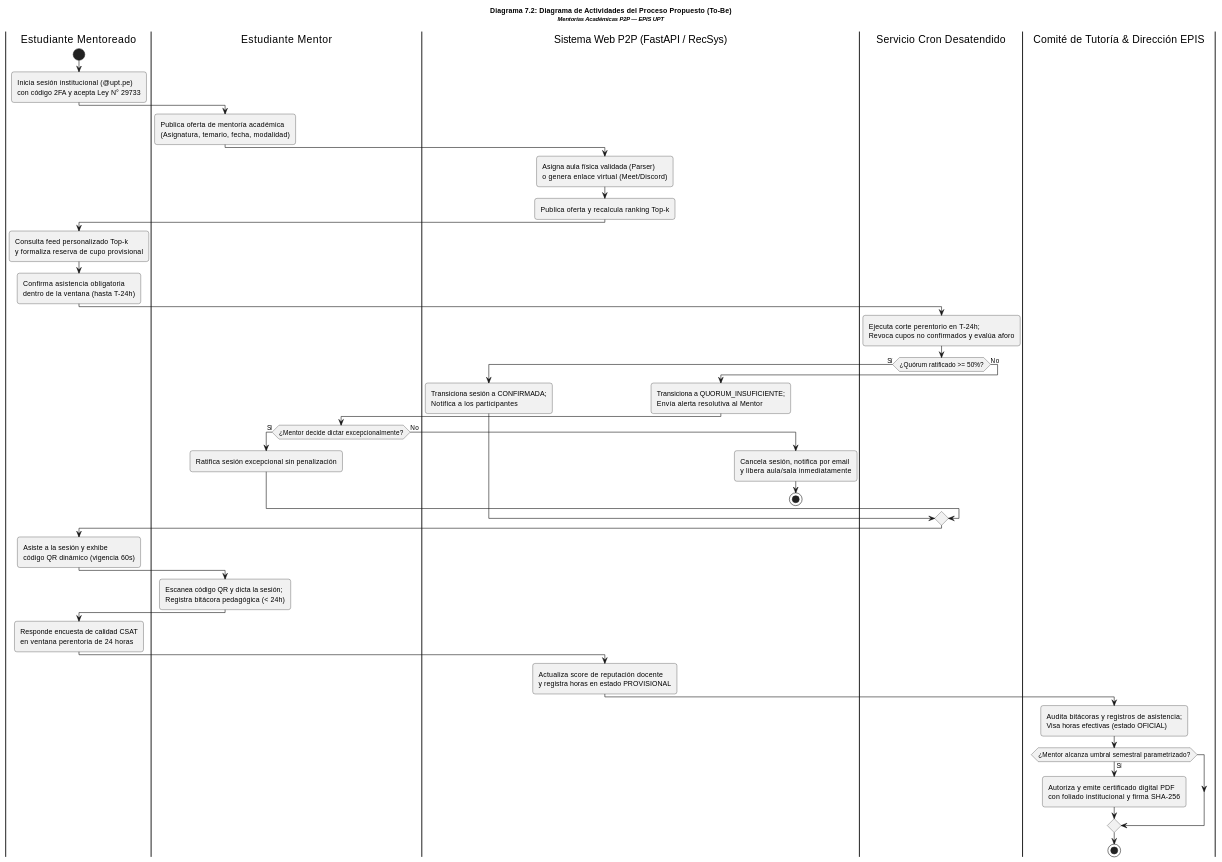
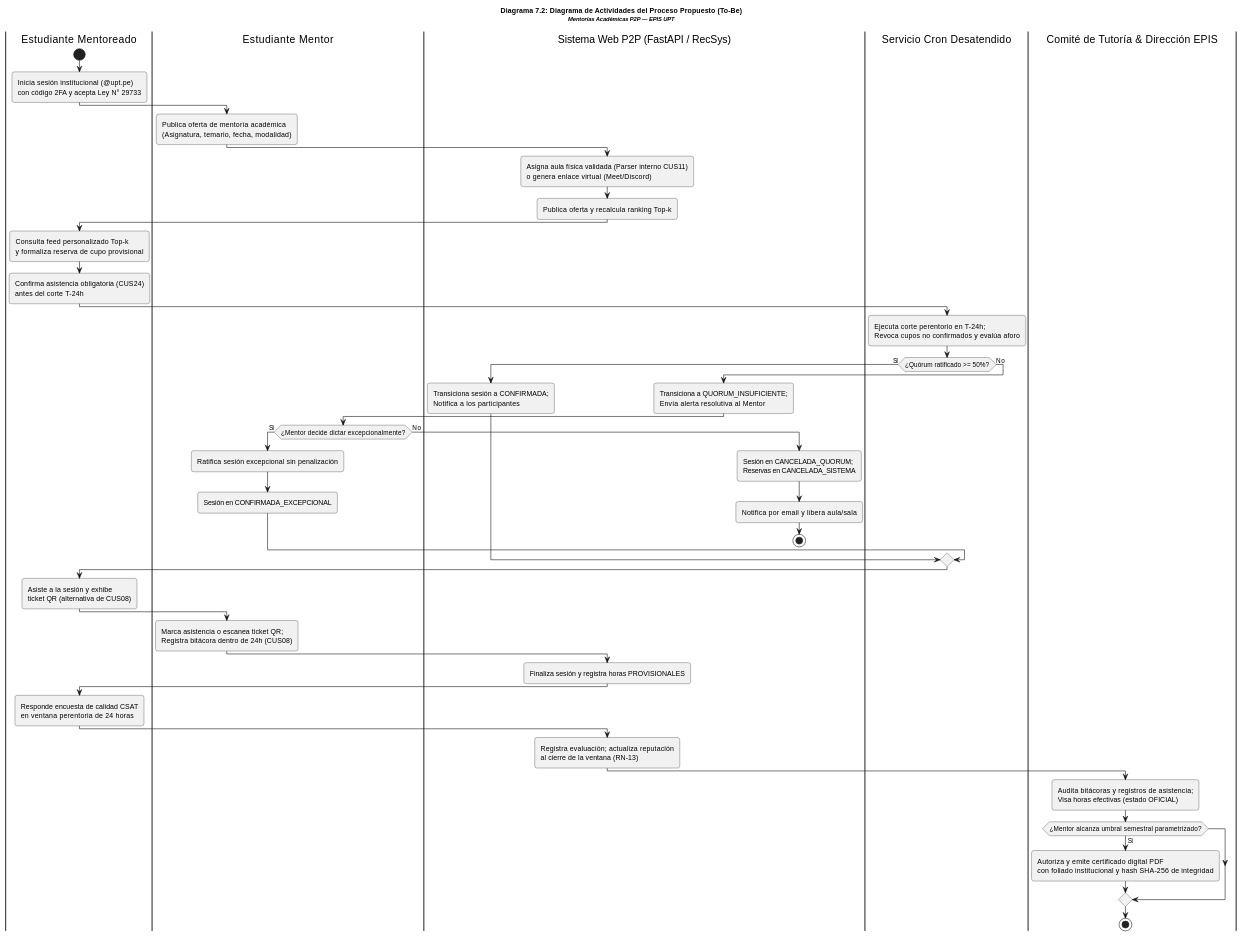
The ninth of 12 diagrams in docs/FD04-EPIS-Informe SAD de Proyecto.md (JMedina255/sistema_web_p2p), drawn with PlantUML before and after one commit. The commit also changed other lines of this file and 5 other files, not shown here.

````diff
--- a/docs/FD04-EPIS-Informe SAD de Proyecto.md
+++ b/docs/FD04-EPIS-Informe SAD de Proyecto.md
@@ -1022,63 +1024,67 @@
 ```plantuml
 @startuml
 title <size:12><b>Diagrama 7.2: Diagrama de Actividades del Proceso Propuesto (To-Be)</b></size>\n<size:10><i>Mentorías Académicas P2P — EPIS UPT</i></size>
 
 skinparam shadowing false
 skinparam roundcorner 8
 skinparam defaultFontName Arial
 skinparam fontSize 10
 
 |Estudiante Mentoreado|
 start
 :Inicia sesión institucional (@upt.pe)\ncon código 2FA y acepta Ley N° 29733;
 
 |Estudiante Mentor|
 :Publica oferta de mentoría académica\n(Asignatura, temario, fecha, modalidad);
 
 |Sistema Web P2P (FastAPI / RecSys)|
-:Asigna aula física validada (Parser)\no genera enlace virtual (Meet/Discord);
+:Asigna aula física validada (Parser interno CUS11)\no genera enlace virtual (Meet/Discord);
 :Publica oferta y recalcula ranking Top-k;
 
 |Estudiante Mentoreado|
 :Consulta feed personalizado Top-k\ny formaliza reserva de cupo provisional;
-:Confirma asistencia obligatoria\ndentro de la ventana (hasta T-24h);
+:Confirma asistencia obligatoria (CUS24)\nantes del corte T-24h;
 
 |Servicio Cron Desatendido|
 :Ejecuta corte perentorio en T-24h;\nRevoca cupos no confirmados y evalúa aforo;
 
 if (¿Quórum ratificado >= 50%?) then (Sí)
   |Sistema Web P2P (FastAPI / RecSys)|
   :Transiciona sesión a CONFIRMADA;\nNotifica a los participantes;
 else (No)
   |Sistema Web P2P (FastAPI / RecSys)|
   :Transiciona a QUORUM_INSUFICIENTE;\nEnvía alerta resolutiva al Mentor;
   |Estudiante Mentor|
   if (¿Mentor decide dictar excepcionalmente?) then (Sí)
     :Ratifica sesión excepcional sin penalización;
+    :Sesión en CONFIRMADA_EXCEPCIONAL;
   else (No)
     |Sistema Web P2P (FastAPI / RecSys)|
-    :Cancela sesión, notifica por email\ny libera aula/sala inmediatamente;
+    :Sesión en CANCELADA_QUORUM;\nReservas en CANCELADA_SISTEMA;
+    :Notifica por email y libera aula/sala;
     stop
   endif
 endif
 
 |Estudiante Mentoreado|
-:Asiste a la sesión y exhibe\ncódigo QR dinámico (vigencia 60s);
+:Asiste a la sesión y exhibe\nticket QR (alternativa de CUS08);
 
 |Estudiante Mentor|
-:Escanea código QR y dicta la sesión;\nRegistra bitácora pedagógica (< 24h);
+:Marca asistencia o escanea ticket QR;\nRegistra bitácora dentro de 24h (CUS08);
+|Sistema Web P2P (FastAPI / RecSys)|
+:Finaliza sesión y registra horas PROVISIONALES;
 
 |Estudiante Mentoreado|
 :Responde encuesta de calidad CSAT\nen ventana perentoria de 24 horas;
 
 |Sistema Web P2P (FastAPI / RecSys)|
-:Actualiza score de reputación docente\ny registra horas en estado PROVISIONAL;
+:Registra evaluación; actualiza reputación\nal cierre de la ventana (RN-13);
 
 |Comité de Tutoría & Dirección EPIS|
 :Audita bitácoras y registros de asistencia;\nVisa horas efectivas (estado OFICIAL);
 if (¿Mentor alcanza umbral semestral parametrizado?) then (Sí)
-  :Autoriza y emite certificado digital PDF\ncon foliado institucional y firma SHA-256;
+  :Autoriza y emite certificado digital PDF\ncon foliado institucional y hash SHA-256 de integridad;
 endif
 stop
 @enduml
 ```
````
